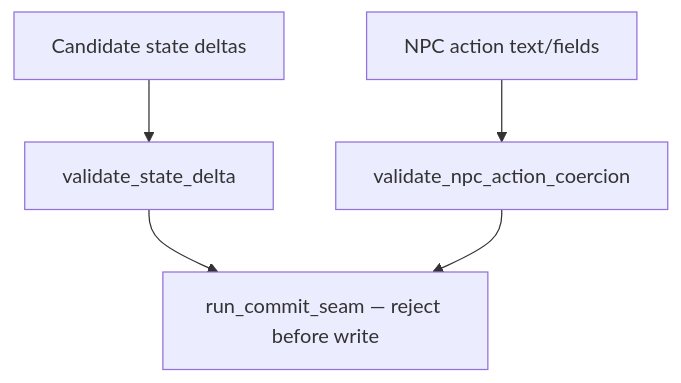
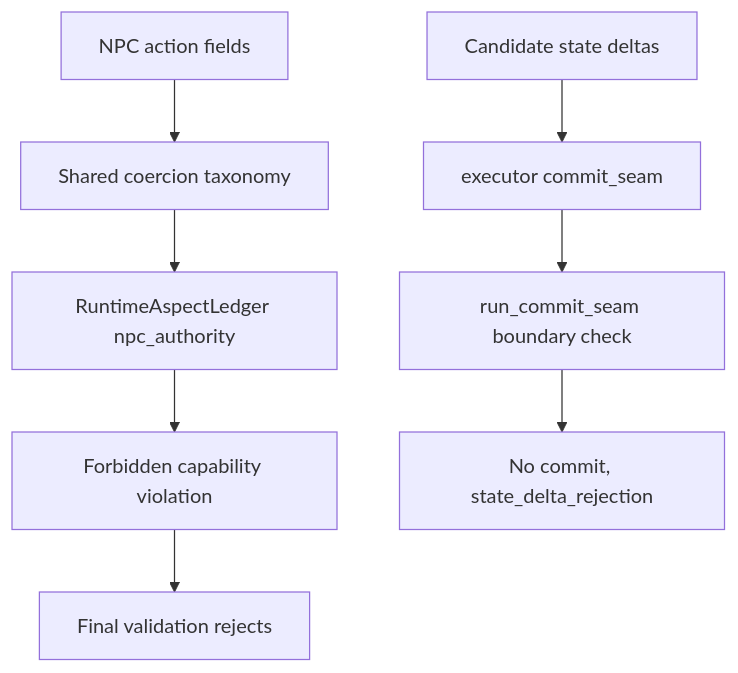
One commit to Held0fTheWelt/BLACKVEIN changed the diagram in docs/ADR/MVP_Live_Runtime_Completion/adr-mvp2-003-npc-coercion-state-delta.md. Above: the diagram before and after it, drawn with Mermaid. The commit also changed other lines of this file and 29 other files, not shown here.

````diff
--- a/docs/ADR/MVP_Live_Runtime_Completion/adr-mvp2-003-npc-coercion-state-delta.md
+++ b/docs/ADR/MVP_Live_Runtime_Completion/adr-mvp2-003-npc-coercion-state-delta.md
@@ -58,7 +69,10 @@
 ```mermaid
 flowchart TD
-  NPC[NPC action text/fields] --> COE[validate_npc_action_coercion]
-  DEL[Candidate state deltas] --> BOUND[validate_state_delta]
-  BOUND --> SEAM[run_commit_seam — reject before write]
-  COE --> SEAM
+  NPC[NPC action fields] --> TAX[Shared coercion taxonomy]
+  TAX --> AUTH[RuntimeAspectLedger npc_authority]
+  AUTH --> CAP[Forbidden capability violation]
+  CAP --> VAL[Final validation rejects]
+  DEL[Candidate state deltas] --> SEAM[executor commit_seam]
+  SEAM --> BOUND[run_commit_seam boundary check]
+  BOUND --> COMMIT[No commit, state_delta_rejection]
 ```
````
